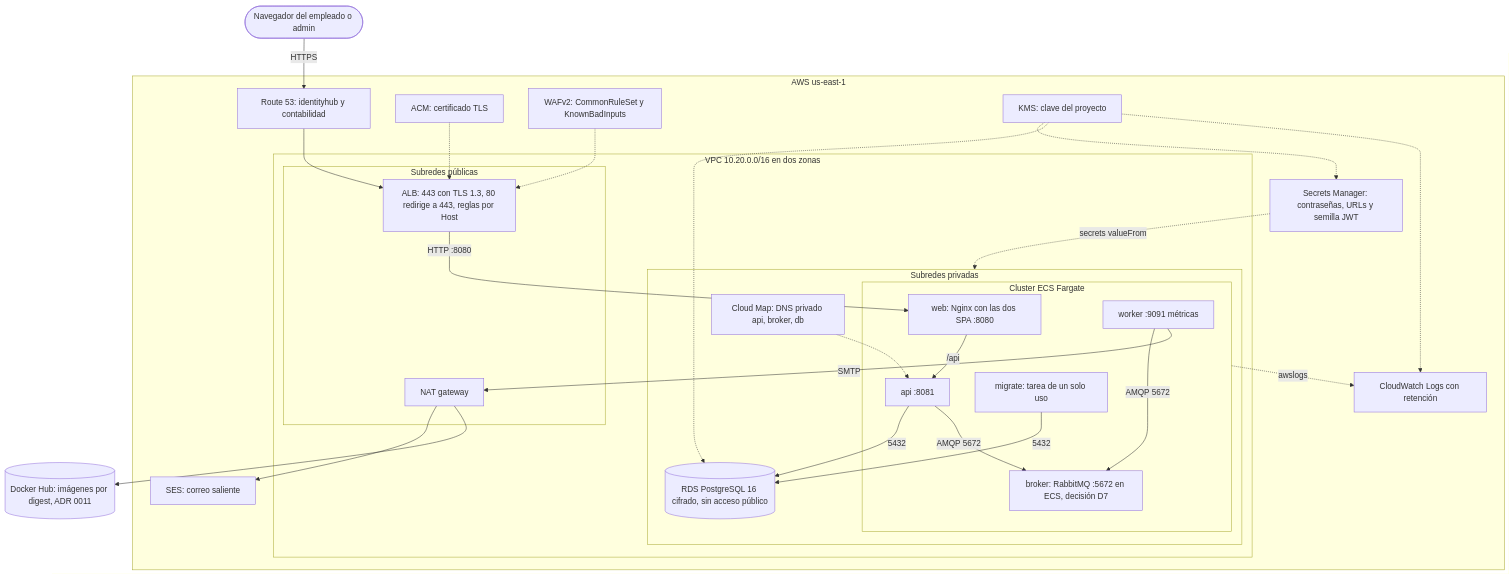
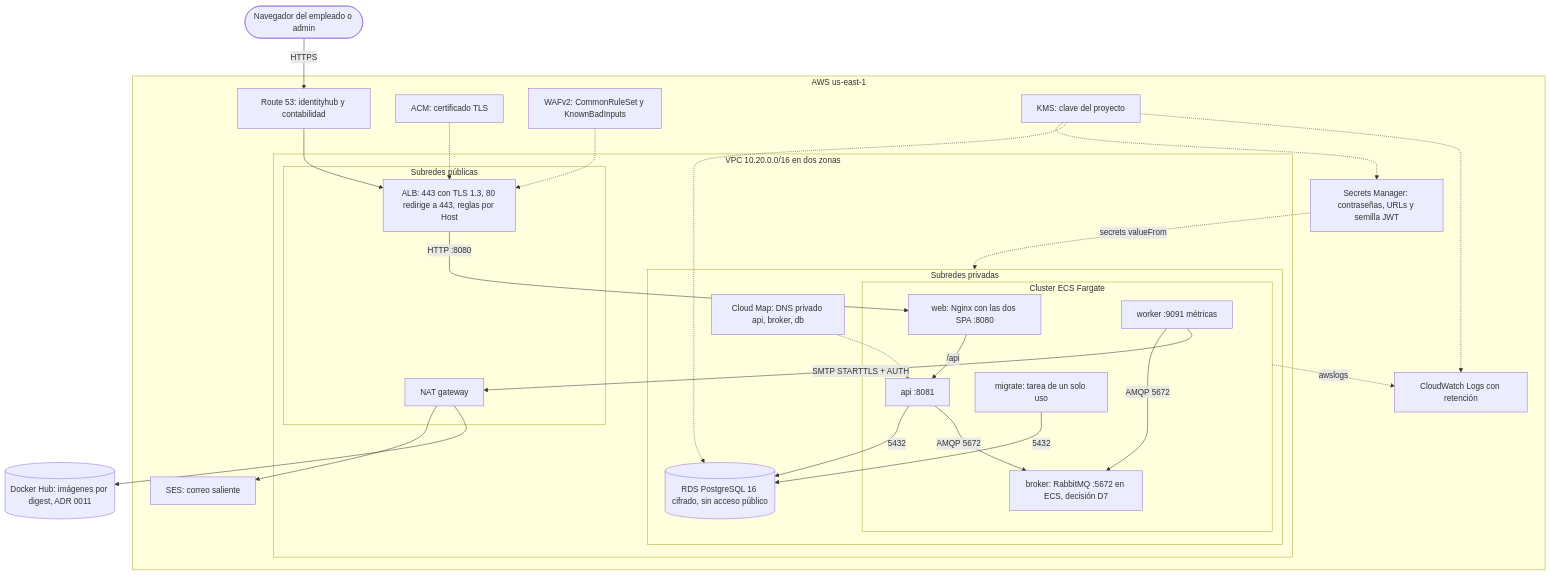
The first of 2 diagrams in docs/diagramas/uml/despliegue-aws.md (jorgepaez-ops/IdentityHub), drawn with Mermaid before and after one commit. The commit also changed other lines of this file and 6 other files, not shown here.

Commit message:
docs(diagrams): reflect Falco, SMTP STARTTLS and service keys

````diff
--- a/docs/diagramas/uml/despliegue-aws.md
+++ b/docs/diagramas/uml/despliegue-aws.md
@@ -16,53 +16,53 @@
 ```mermaid
 flowchart TB
     User([Navegador del empleado o admin])
     DockerHub[(Docker Hub: imágenes por digest, ADR 0011)]
 
     subgraph AWS[AWS us-east-1]
         R53[Route 53: identityhub y contabilidad]
         ACM[ACM: certificado TLS]
         WAF[WAFv2: CommonRuleSet y KnownBadInputs]
 
         subgraph VPC[VPC 10.20.0.0/16 en dos zonas]
             subgraph Public[Subredes públicas]
                 ALB[ALB: 443 con TLS 1.3, 80 redirige a 443, reglas por Host]
                 NAT[NAT gateway]
             end
             subgraph Private[Subredes privadas]
                 subgraph ECS[Cluster ECS Fargate]
                     Web[web: Nginx con las dos SPA :8080]
                     Api[api :8081]
                     Worker[worker :9091 métricas]
                     Broker[broker: RabbitMQ :5672 en ECS, decisión D7]
                     Migrate[migrate: tarea de un solo uso]
                 end
                 RDS[(RDS PostgreSQL 16 cifrado, sin acceso público)]
                 Map[Cloud Map: DNS privado api, broker, db]
             end
         end
 
         SM[Secrets Manager: contraseñas, URLs y semilla JWT]
         KMS[KMS: clave del proyecto]
         CW[CloudWatch Logs con retención]
         SES[SES: correo saliente]
     end
 
     User -->|HTTPS| R53 --> ALB
     WAF -.-> ALB
     ACM -.-> ALB
     ALB -->|HTTP :8080| Web
     Web -->|/api| Api
     Api -->|5432| RDS
     Api -->|AMQP 5672| Broker
     Worker -->|AMQP 5672| Broker
-    Worker -->|SMTP| NAT
+    Worker -->|SMTP STARTTLS + AUTH| NAT
     Migrate -->|5432| RDS
     NAT --> SES
     NAT --> DockerHub
     Map -.-> Api
     SM -.->|secrets valueFrom| ECS
     KMS -.-> SM
     KMS -.-> RDS
     KMS -.-> CW
     ECS -.->|awslogs| CW
 ```
````
